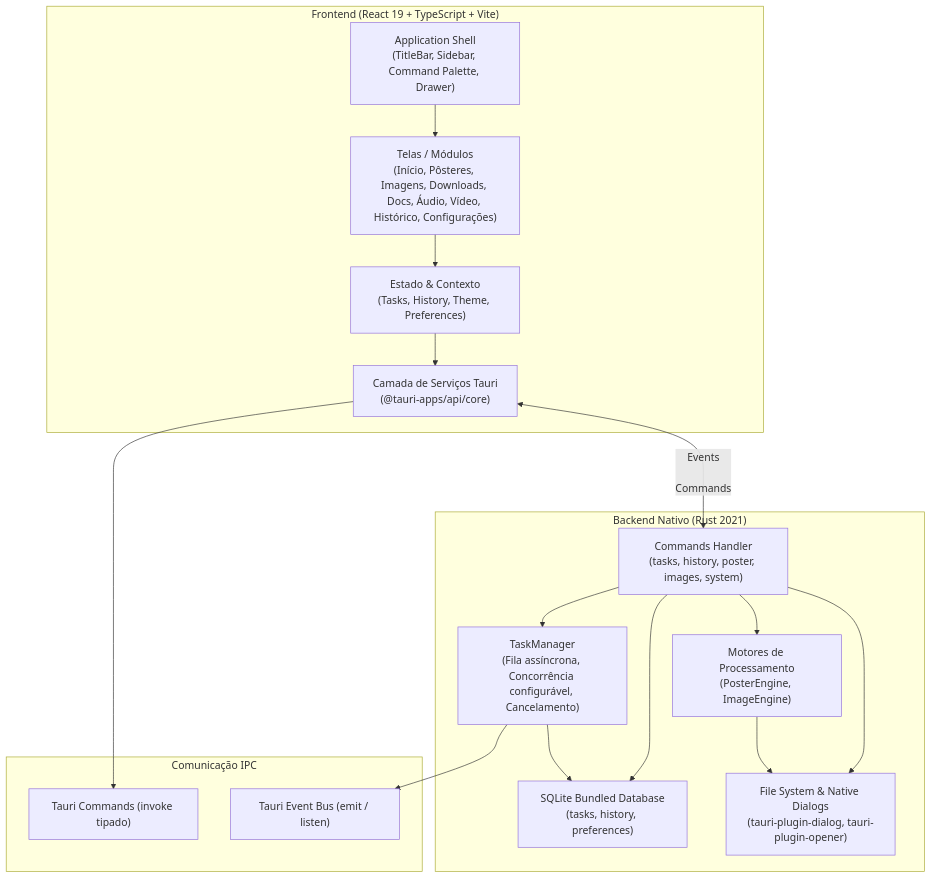
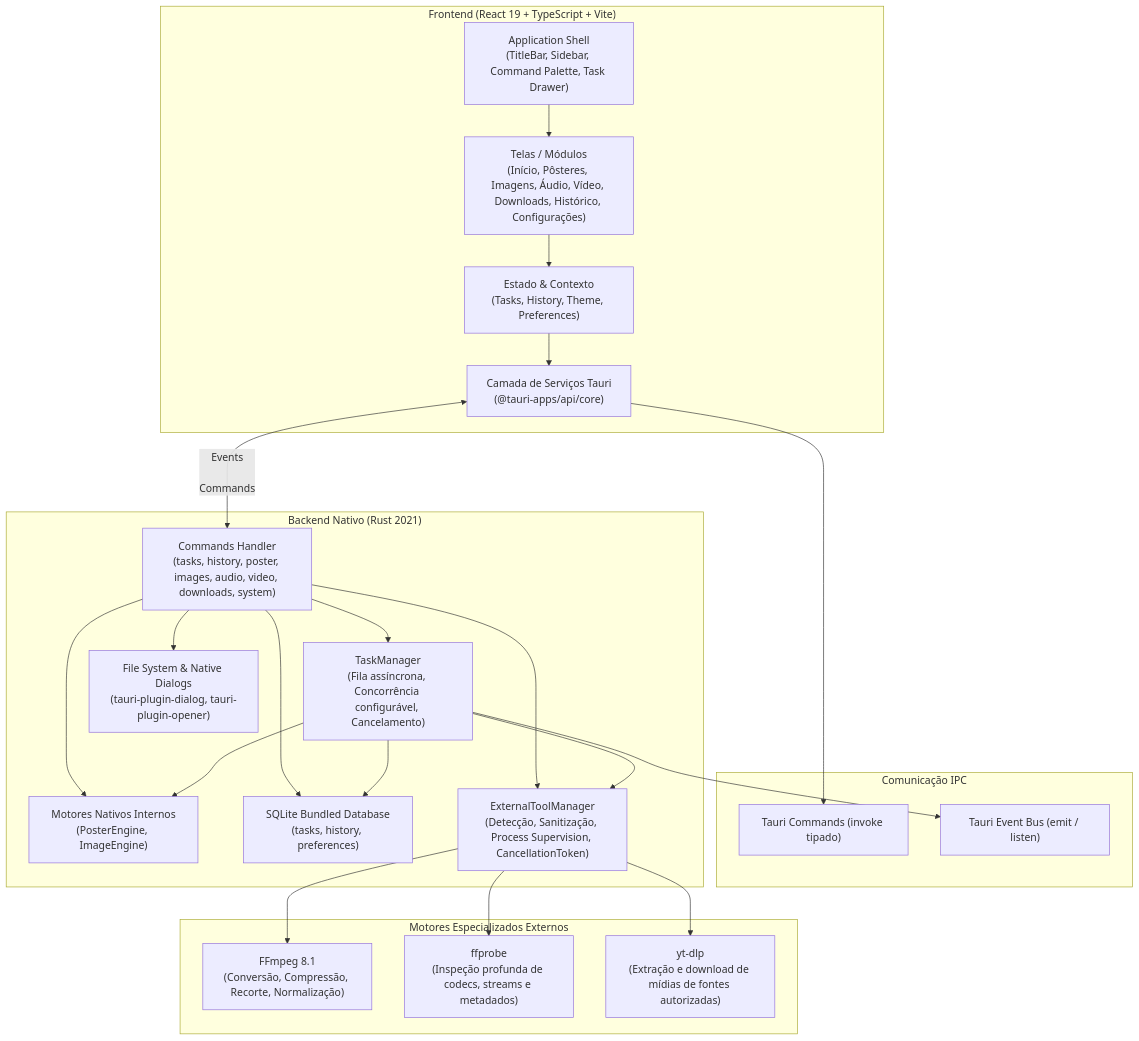
Before and after one commit to mateusarcedev/tools-on-desk: the diagram in docs/ARCHITECTURE.md, drawn with Mermaid. The commit also changed other lines of this file and 35 other files, not shown here.

Commit message:
feat(media): implement real Audio, Video, and Downloads engines with FFmpeg and yt-dlp - Mission 02

````diff
--- a/docs/ARCHITECTURE.md
+++ b/docs/ARCHITECTURE.md
@@ -13,37 +13,49 @@
 ```mermaid
 flowchart TD
     subgraph UI ["Frontend (React 19 + TypeScript + Vite)"]
-        Shell["Application Shell\n(TitleBar, Sidebar, Command Palette, Drawer)"]
-        Screens["Telas / Módulos\n(Início, Pôsteres, Imagens, Downloads, Docs, Áudio, Vídeo, Histórico, Configurações)"]
+        Shell["Application Shell\n(TitleBar, Sidebar, Command Palette, Task Drawer)"]
+        Screens["Telas / Módulos\n(Início, Pôsteres, Imagens, Áudio, Vídeo, Downloads, Histórico, Configurações)"]
         State["Estado & Contexto\n(Tasks, History, Theme, Preferences)"]
         TauriClient["Camada de Serviços Tauri\n(@tauri-apps/api/core)"]
     end
 
     subgraph IPC ["Comunicação IPC"]
         Commands["Tauri Commands (invoke tipado)"]
         Events["Tauri Event Bus (emit / listen)"]
     end
 
     subgraph Core ["Backend Nativo (Rust 2021)"]
-        CmdLayer["Commands Handler\n(tasks, history, poster, images, system)"]
+        CmdLayer["Commands Handler\n(tasks, history, poster, images, audio, video, downloads, system)"]
         TaskManager["TaskManager\n(Fila assíncrona, Concorrência configurável, Cancelamento)"]
-        Engines["Motores de Processamento\n(PosterEngine, ImageEngine)"]
+        Engines["Motores Nativos Internos\n(PosterEngine, ImageEngine)"]
         DB["SQLite Bundled Database\n(tasks, history, preferences)"]
         FS["File System & Native Dialogs\n(tauri-plugin-dialog, tauri-plugin-opener)"]
+        ToolManager["ExternalToolManager\n(Detecção, Sanitização, Process Supervision, CancellationToken)"]
+    end
+
+    subgraph External ["Motores Especializados Externos"]
+        FFmpeg["FFmpeg 8.1\n(Conversão, Compressão, Recorte, Normalização)"]
+        FFprobe["ffprobe\n(Inspeção profunda de codecs, streams e metadados)"]
+        YtDlp["yt-dlp\n(Extração e download de mídias de fontes autorizadas)"]
     end
 
     Shell --> Screens
     Screens --> State
     State --> TauriClient
     TauriClient --> Commands
     TauriClient <-- Events
 
     Commands --> CmdLayer
     CmdLayer --> TaskManager
     CmdLayer --> Engines
+    CmdLayer --> ToolManager
     CmdLayer --> DB
     CmdLayer --> FS
     TaskManager --> DB
     TaskManager --> Events
-    Engines --> FS
+    TaskManager --> Engines
+    TaskManager --> ToolManager
+    ToolManager --> FFmpeg
+    ToolManager --> FFprobe
+    ToolManager --> YtDlp
 ```
````
